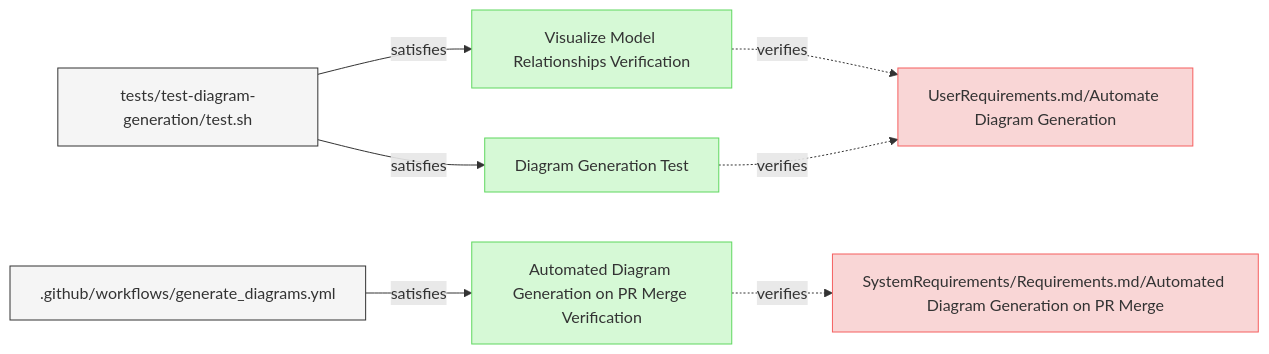
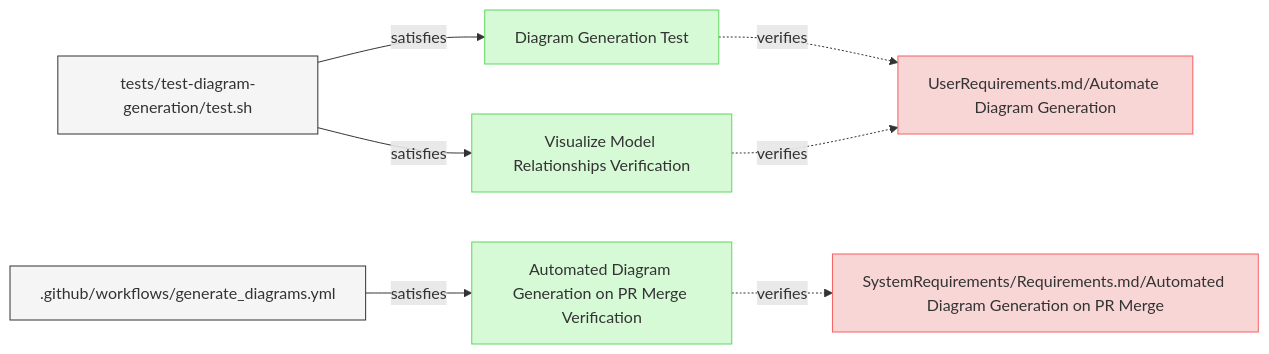
The diagram in specifications/Verifications/DiagramsTests.md (reqvire-org/reqvire), drawn with Mermaid before and after one commit. The commit also changed other lines of this file and 18 other files, not shown here.

````diff
--- a/specifications/Verifications/DiagramsTests.md
+++ b/specifications/Verifications/DiagramsTests.md
@@ -6,39 +6,39 @@
 ```mermaid
 graph LR;
   %% Graph styling
   classDef requirement fill:#f9d6d6,stroke:#f55f5f,stroke-width:1px;
   classDef verification fill:#d6f9d6,stroke:#5fd75f,stroke-width:1px;
   classDef externalLink fill:#d0e0ff,stroke:#3080ff,stroke-width:1px;
   classDef default fill:#f5f5f5,stroke:#333333,stroke-width:1px;
 
+  2d2cf67bb8070da8["Diagram Generation Test"];
+  class 2d2cf67bb8070da8 verification;
+  click 2d2cf67bb8070da8 "DiagramsTests.md#diagram-generation-test";
+  98a581084d5542fa["UserRequirements.md/Automate Diagram Generation"];
+  class 98a581084d5542fa requirement;
+  click 98a581084d5542fa "../UserRequirements.md#automate-diagram-generation";
+  2d2cf67bb8070da8 -.->|verifies| 98a581084d5542fa;
+  3df49fd1a91c3db7["tests/test-diagram-generation/test.sh"];
+  class 3df49fd1a91c3db7 default;
+  click 3df49fd1a91c3db7 "../../tests/test-diagram-generation/test.sh";
+  3df49fd1a91c3db7 -->|satisfies| 2d2cf67bb8070da8;
   de8ab093f22a5cd7["Visualize Model Relationships Verification"];
   class de8ab093f22a5cd7 verification;
   click de8ab093f22a5cd7 "DiagramsTests.md#visualize-model-relationships-verification";
-  98a581084d5542fa["UserRequirements.md/Automate Diagram Generation"];
-  class 98a581084d5542fa requirement;
-  click 98a581084d5542fa "../UserRequirements.md#automate-diagram-generation";
   de8ab093f22a5cd7 -.->|verifies| 98a581084d5542fa;
   3df49fd1a91c3db7["tests/test-diagram-generation/test.sh"];
   class 3df49fd1a91c3db7 default;
   click 3df49fd1a91c3db7 "../../tests/test-diagram-generation/test.sh";
   3df49fd1a91c3db7 -->|satisfies| de8ab093f22a5cd7;
-  2d2cf67bb8070da8["Diagram Generation Test"];
-  class 2d2cf67bb8070da8 verification;
-  click 2d2cf67bb8070da8 "DiagramsTests.md#diagram-generation-test";
-  2d2cf67bb8070da8 -.->|verifies| 98a581084d5542fa;
-  3df49fd1a91c3db7["tests/test-diagram-generation/test.sh"];
-  class 3df49fd1a91c3db7 default;
-  click 3df49fd1a91c3db7 "../../tests/test-diagram-generation/test.sh";
-  3df49fd1a91c3db7 -->|satisfies| 2d2cf67bb8070da8;
   f8849dfe948d04fa["Automated Diagram Generation on PR Merge Verification"];
   class f8849dfe948d04fa verification;
   click f8849dfe948d04fa "DiagramsTests.md#automated-diagram-generation-on-pr-merge-verification";
   3e3df7ad427a88fa["SystemRequirements/Requirements.md/Automated Diagram Generation on PR Merge"];
   class 3e3df7ad427a88fa requirement;
   click 3e3df7ad427a88fa "../SystemRequirements/Requirements.md#automated-diagram-generation-on-pr-merge";
   f8849dfe948d04fa -.->|verifies| 3e3df7ad427a88fa;
   98af8a1cf9c86822[".github/workflows/generate_diagrams.yml"];
   class 98af8a1cf9c86822 default;
   click 98af8a1cf9c86822 "../../.github/workflows/generate_diagrams.yml";
   98af8a1cf9c86822 -->|satisfies| f8849dfe948d04fa;
 ```
````
